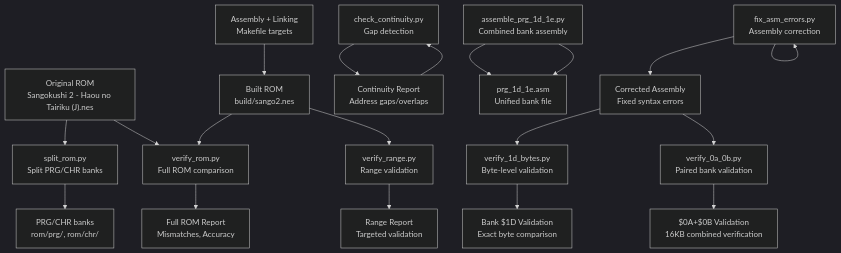
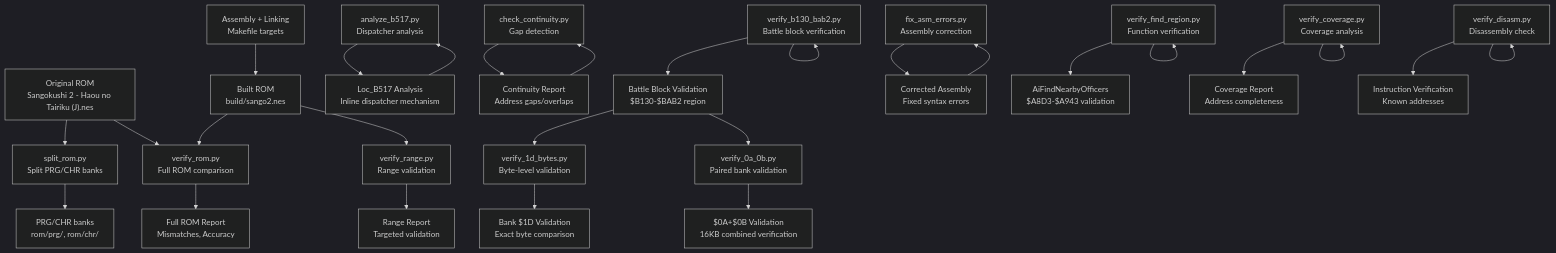
One commit to rabbyzero/sango2dasm changed the first of 18 diagrams in .qoder/repowiki/en/content/Build System and Tools/ROM Verification and Validation.md. Above: the diagram before and after it, drawn with Mermaid (dark theme). The commit also changed other lines of this file and 34 other files, not shown here.

First line of the commit message:
Consolidate PRG banks 0E-0F into combined disassembly

````diff
--- a/.qoder/repowiki/en/content/Build System and Tools/ROM Verification and Validation.md
+++ b/.qoder/repowiki/en/content/Build System and Tools/ROM Verification and Validation.md
@@ -71,21 +89,29 @@
 ```mermaid
 graph TB
 A["Original ROM<br/>Sangokushi 2 - Haou no Tairiku (J).nes"] --> B["split_rom.py<br/>Split PRG/CHR banks"]
 B --> C["PRG/CHR banks<br/>rom/prg/, rom/chr/"]
 D["Assembly + Linking<br/>Makefile targets"] --> E["Built ROM<br/>build/sango2.nes"]
 F["verify_rom.py<br/>Full ROM comparison"] --> G["Full ROM Report<br/>Mismatches, Accuracy"]
 H["verify_range.py<br/>Range validation"] --> I["Range Report<br/>Targeted validation"]
 J["verify_1d_bytes.py<br/>Byte-level validation"] --> K["Bank $1D Validation<br/>Exact byte comparison"]
 L["verify_0a_0b.py<br/>Paired bank validation"] --> M["$0A+$0B Validation<br/>16KB combined verification"]
-N["check_continuity.py<br/>Gap detection"] --> O["Continuity Report<br/>Address gaps/overlaps"]
-P["fix_asm_errors.py<br/>Assembly correction"] --> Q["Corrected Assembly<br/>Fixed syntax errors"]
-R["assemble_prg_1d_1e.py<br/>Combined bank assembly"] --> S["prg_1d_1e.asm<br/>Unified bank file"]
+N["analyze_b517.py<br/>Dispatcher analysis"] --> O["Loc_B517 Analysis<br/>Inline dispatcher mechanism"]
+P["verify_b130_bab2.py<br/>Battle block verification"] --> Q["Battle Block Validation<br/>$B130-$BAB2 region"]
+R["verify_find_region.py<br/>Function verification"] --> S["AiFindNearbyOfficers<br/>$A8D3-$A943 validation"]
+T["verify_coverage.py<br/>Coverage analysis"] --> U["Coverage Report<br/>Address completeness"]
+V["verify_disasm.py<br/>Disassembly check"] --> W["Instruction Verification<br/>Known addresses"]
+X["check_continuity.py<br/>Gap detection"] --> Y["Continuity Report<br/>Address gaps/overlaps"]
+Z["fix_asm_errors.py<br/>Assembly correction"] --> AA["Corrected Assembly<br/>Fixed syntax errors"]
 E --> F
 A --> F
 E --> H
 Q --> J
 Q --> L
 O --> N
 P --> P
-R --> S
+R --> R
+T --> T
+V --> V
+Y --> X
+AA --> Z
 ```
````
